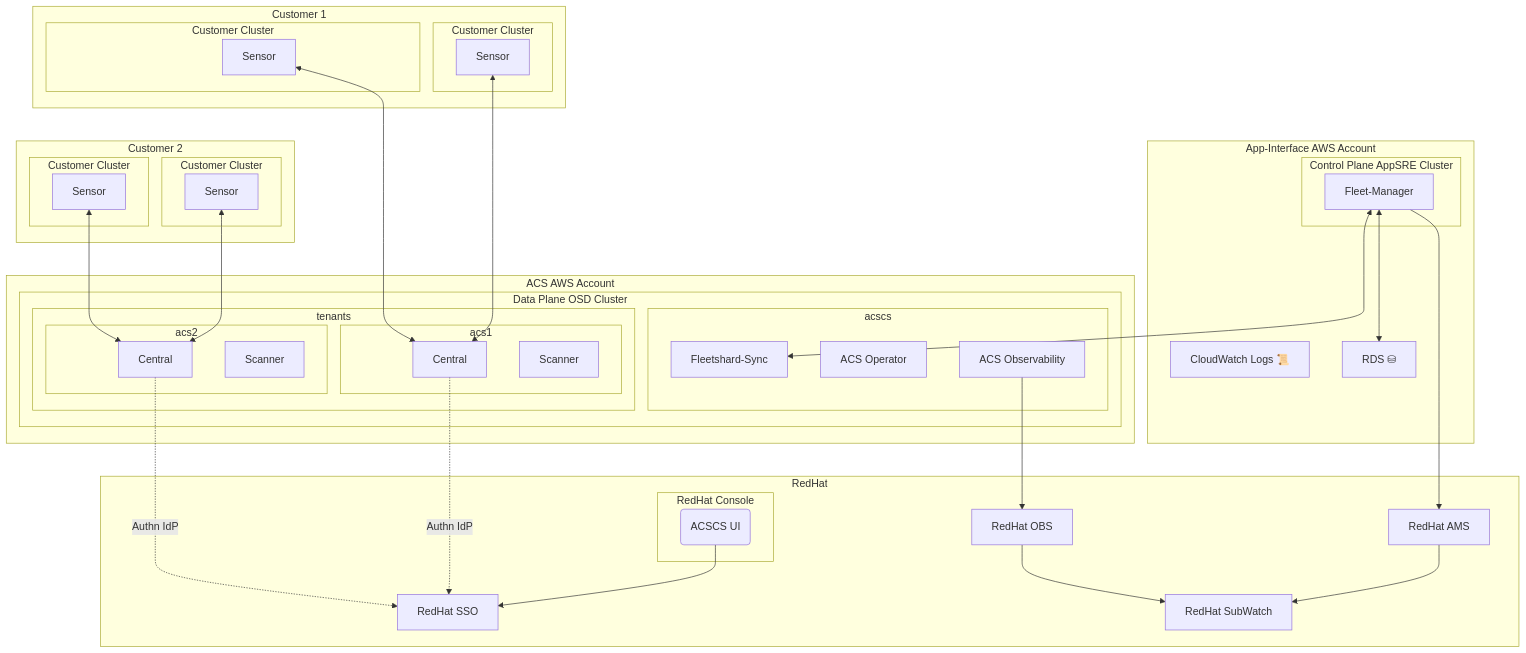
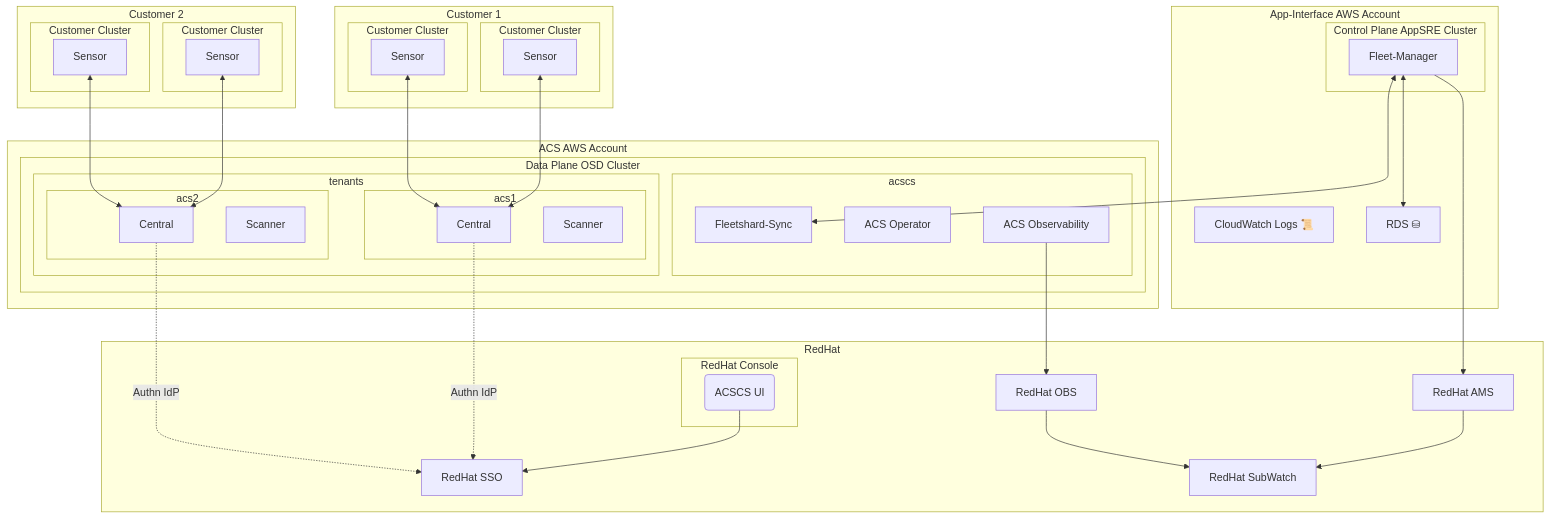
Before and after one commit to stackrox/acs-fleet-manager: the diagram in docs/architecture/images/acscs_architecture.md, drawn with Mermaid.

Commit message:
Fix syntax error

````diff
--- a/docs/architecture/images/acscs_architecture.md
+++ b/docs/architecture/images/acscs_architecture.md
@@ -3,79 +3,79 @@
 ```mermaid
 graph
     direction LR
 
     subgraph rh[RedHat]
         subgraph RedHat Console
             ui(ACSCS UI)
         end
         sso[RedHat SSO]
         ams[RedHat AMS]
         subwatch[RedHat SubWatch]
         obs[RedHat OBS]
 
         ui --> sso
     end
 
     subgraph ai[App-Interface AWS Account]
         subgraph Control Plane AppSRE Cluster
             fm[Fleet-Manager]
         end
         cplogs["CloudWatch Logs 📜"]
         cprds["RDS ⛁"]
 
         fm <--> cprds
     end
 
     subgraph acsaws[ACS AWS Account]
         subgraph Data Plane OSD Cluster
             
             subgraph tenants
                 subgraph acs1
                     acs1central[Central]
                     acs1scanner[Scanner]
                 end
                 subgraph acs2
                     acs2central[Central]
                     acs2scanner[Scanner]
                 end
             end
             subgraph acscs
                 fs[Fleetshard-Sync]
                 acsop[ACS Operator]
                 acsobs[ACS Observability]
             end
 
             fm<-->fs
             acs1central-.Authn IdP.->sso
             acs2central-.Authn IdP.->sso
         end
     end
 
     fm-->ams
     ams-->subwatch
     obs-->subwatch
     acsobs-->obs
 
     subgraph c1[Customer 1]
         subgraph Customer Cluster
             c1s1[Sensor]
         end
         subgraph Customer Cluster
             c1s2[Sensor]
         end
     end
     c1s1 <--> acs1central
     c1s2 <--> acs1central
 
     subgraph c2[Customer 2]
         subgraph Customer Cluster
             c2s1[Sensor]
         end
         subgraph Customer Cluster
             c2s2[Sensor]
         end
     end
-    c1 ~~~ c2
+    
     c2s1 <--> acs2central
     c2s2 <--> acs2central
 ```
````
